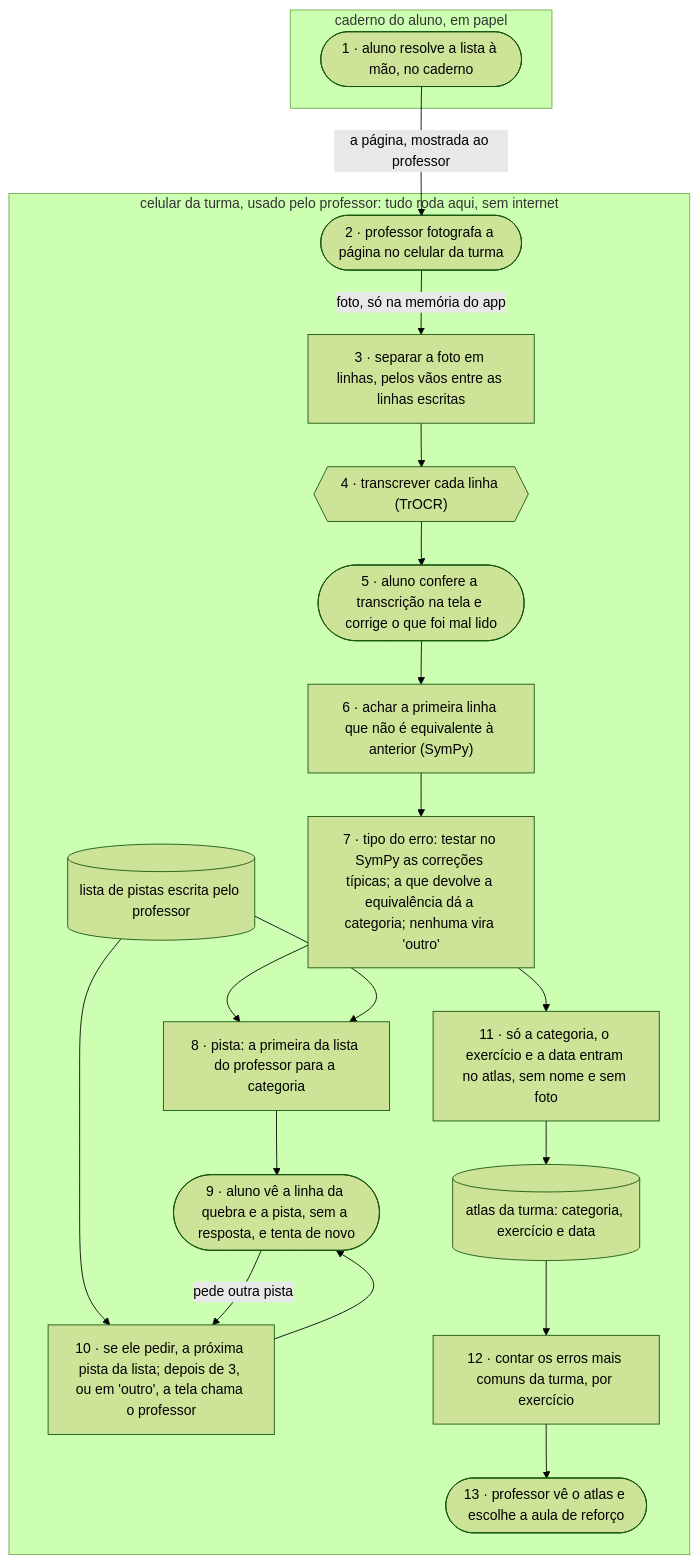
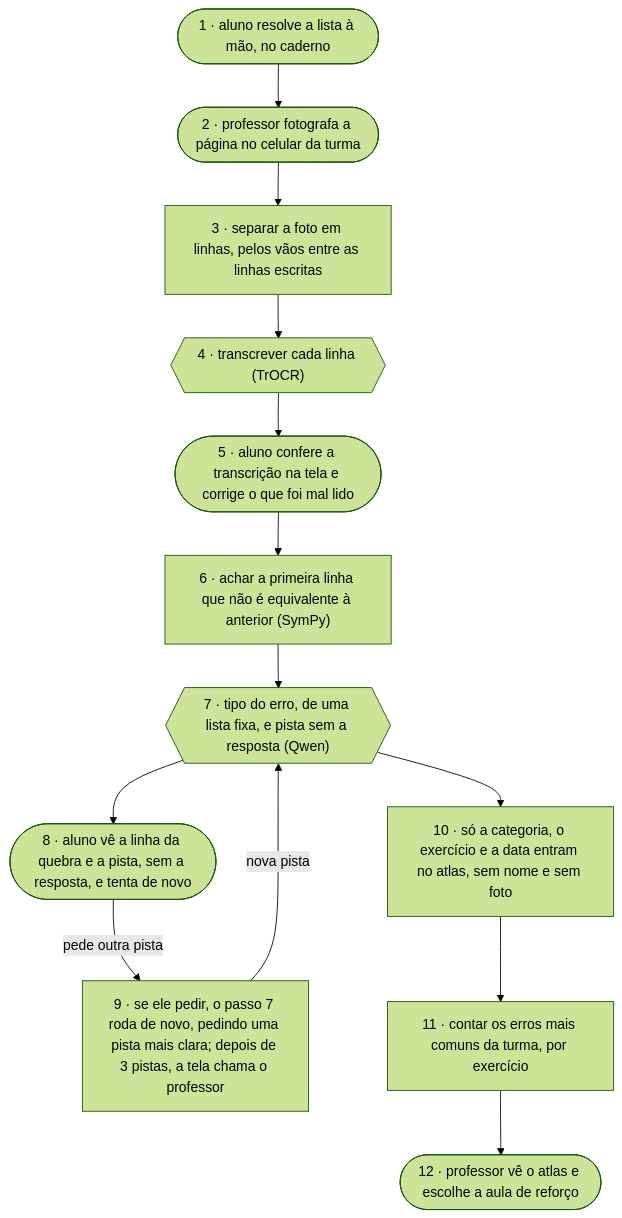
One commit to andrezacfalcao/project-ai4good changed the diagram in flx/arquitetura.md. Above: the diagram before and after it, drawn with Mermaid (forest theme). The commit also changed other lines of this file and 1 other file, not shown here.

Commit message:
flx: fluxograma com o Qwen dizendo o tipo do erro e a pista
Volta o passo do tipo do erro e da pista para IA, com o Qwen, como no
brw e no codigo do tec. O diagrama fica so com o fluxo; as caixas de
onde cada peca roda entram no proximo commit.

````diff
--- a/flx/arquitetura.md
+++ b/flx/arquitetura.md
@@ -9,32 +9,20 @@
 ```mermaid
 flowchart TD
-    subgraph PAPEL["caderno do aluno, em papel"]
-        A(["1 · aluno resolve a lista à mão, no caderno"])
-    end
+    A(["1 · aluno resolve a lista à mão, no caderno"])
+    B(["2 · professor fotografa a página no celular da turma"])
+    C["3 · separar a foto em linhas, pelos vãos entre as linhas escritas"]
+    D{{"4 · transcrever cada linha (TrOCR)"}}
+    E(["5 · aluno confere a transcrição na tela e corrige o que foi mal lido"])
+    F["6 · achar a primeira linha que não é equivalente à anterior (SymPy)"]
+    G{{"7 · tipo do erro, de uma lista fixa, e pista sem a resposta (Qwen)"}}
+    I(["8 · aluno vê a linha da quebra e a pista, sem a resposta, e tenta de novo"])
+    J["9 · se ele pedir, o passo 7 roda de novo, pedindo uma pista mais clara; depois de 3 pistas, a tela chama o professor"]
+    K["10 · só a categoria, o exercício e a data entram no atlas, sem nome e sem foto"]
+    L["11 · contar os erros mais comuns da turma, por exercício"]
+    M(["12 · professor vê o atlas e escolhe a aula de reforço"])
 
-    subgraph CEL["celular da turma, usado pelo professor: tudo roda aqui, sem internet"]
-        B(["2 · professor fotografa a página no celular da turma"])
-        C["3 · separar a foto em linhas, pelos vãos entre as linhas escritas"]
-        D{{"4 · transcrever cada linha (TrOCR)"}}
-        E(["5 · aluno confere a transcrição na tela e corrige o que foi mal lido"])
-        F["6 · achar a primeira linha que não é equivalente à anterior (SymPy)"]
-        G["7 · tipo do erro: testar no SymPy as correções típicas; a que devolve a equivalência dá a categoria; nenhuma vira 'outro'"]
-        P[("lista de pistas escrita pelo professor")]
-        H["8 · pista: a primeira da lista do professor para a categoria"]
-        I(["9 · aluno vê a linha da quebra e a pista, sem a resposta, e tenta de novo"])
-        J["10 · se ele pedir, a próxima pista da lista; depois de 3, ou em 'outro', a tela chama o professor"]
-        K["11 · só a categoria, o exercício e a data entram no atlas, sem nome e sem foto"]
-        DB[("atlas da turma: categoria, exercício e data")]
-        L["12 · contar os erros mais comuns da turma, por exercício"]
-        M(["13 · professor vê o atlas e escolhe a aula de reforço"])
-    end
-
-    A -- "a página, mostrada ao professor" --> B
-    B -- "foto, só na memória do app" --> C
-    C --> D --> E --> F --> G --> H --> I
-    P --> H
-    P --> J
+    A --> B --> C --> D --> E --> F --> G --> I
     I -- "pede outra pista" --> J
-    J --> I
-    G --> K --> DB --> L --> M
+    J -- "nova pista" --> G
+    G --> K --> L --> M
 ```
````
